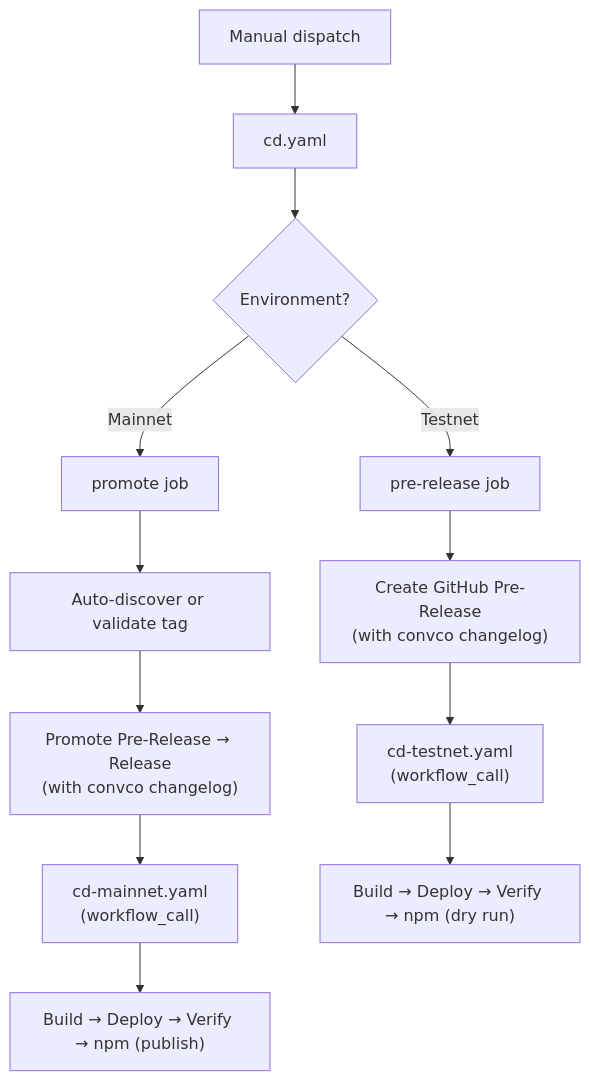
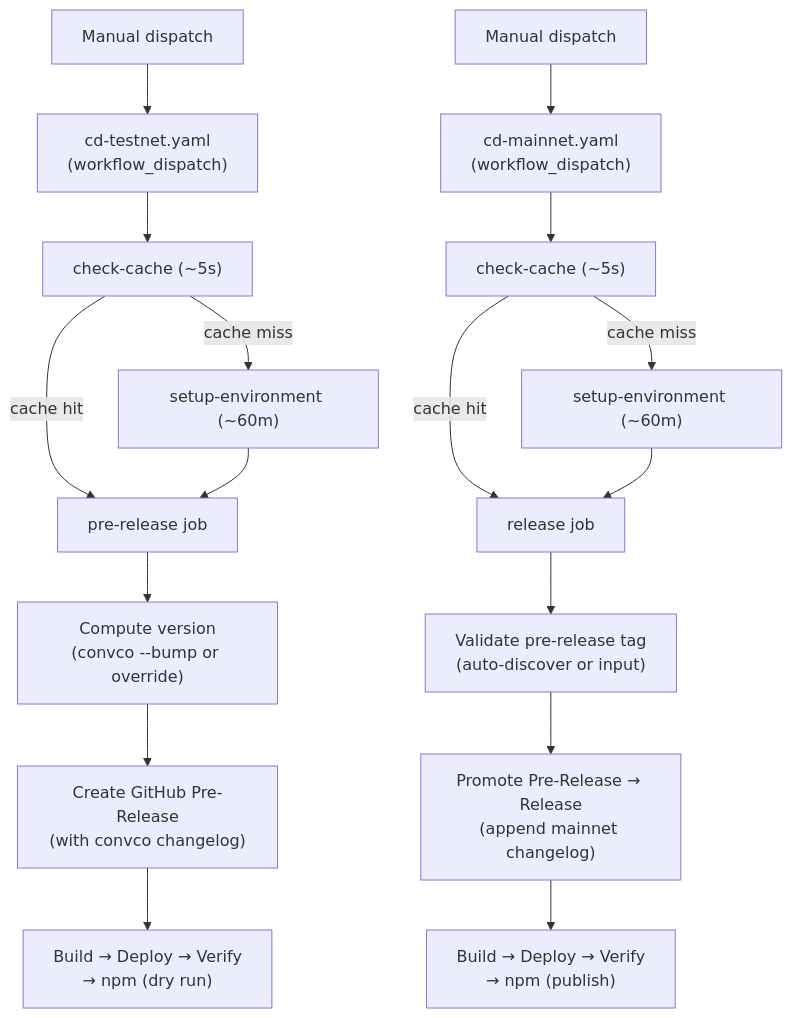
The first of 3 diagrams in docs/ci-cd.md (irken-empire/ic-siwa), drawn with Mermaid before and after one commit. The commit also changed other lines of this file and 10 other files, not shown here.

````diff
--- a/docs/ci-cd.md
+++ b/docs/ci-cd.md
@@ -5,18 +5,23 @@
 ```mermaid
 graph TD
-    C["Manual dispatch"] --> B["cd.yaml"]
+    TESTNET_TRIGGER["Manual dispatch"] --> TESTNET_WORKFLOW["cd-testnet.yaml<br/>(workflow_dispatch)"]
+    MAINNET_TRIGGER["Manual dispatch"] --> MAINNET_WORKFLOW["cd-mainnet.yaml<br/>(workflow_dispatch)"]
 
-    B --> D{"Environment?"}
-    D -->|"Testnet"| E["pre-release job"]
-    D -->|"Mainnet"| F["promote job"]
+    TESTNET_WORKFLOW --> TESTNET_CACHE["check-cache (~5s)"]
+    TESTNET_CACHE --> |cache miss| TESTNET_SETUP["setup-environment (~60m)"]
+    TESTNET_CACHE --> |cache hit| TESTNET_JOB["pre-release job"]
+    TESTNET_SETUP --> TESTNET_JOB
 
-    E --> G["Create GitHub Pre-Release<br/>(with convco changelog)"]
-    G --> H["cd-testnet.yaml<br/>(workflow_call)"]
+    TESTNET_JOB --> TESTNET_VERSION["Compute version<br/>(convco --bump or override)"]
+    TESTNET_VERSION --> TESTNET_RELEASE["Create GitHub Pre-Release<br/>(with convco changelog)"]
+    TESTNET_RELEASE --> TESTNET_BUILD["Build → Deploy → Verify<br/>→ npm (dry run)"]
 
-    F --> I["Auto-discover or validate tag"]
-    I --> J["Promote Pre-Release → Release<br/>(with convco changelog)"]
-    J --> K["cd-mainnet.yaml<br/>(workflow_call)"]
+    MAINNET_WORKFLOW --> MAINNET_CACHE["check-cache (~5s)"]
+    MAINNET_CACHE --> |cache miss| MAINNET_SETUP["setup-environment (~60m)"]
+    MAINNET_CACHE --> |cache hit| MAINNET_JOB["release job"]
+    MAINNET_SETUP --> MAINNET_JOB
 
-    H --> L["Build → Deploy → Verify → npm (dry run)"]
-    K --> M["Build → Deploy → Verify → npm (publish)"]
+    MAINNET_JOB --> MAINNET_VALIDATE["Validate pre-release tag<br/>(auto-discover or input)"]
+    MAINNET_VALIDATE --> MAINNET_PROMOTE["Promote Pre-Release → Release<br/>(append mainnet changelog)"]
+    MAINNET_PROMOTE --> MAINNET_BUILD["Build → Deploy → Verify<br/>→ npm (publish)"]
 ```
````
